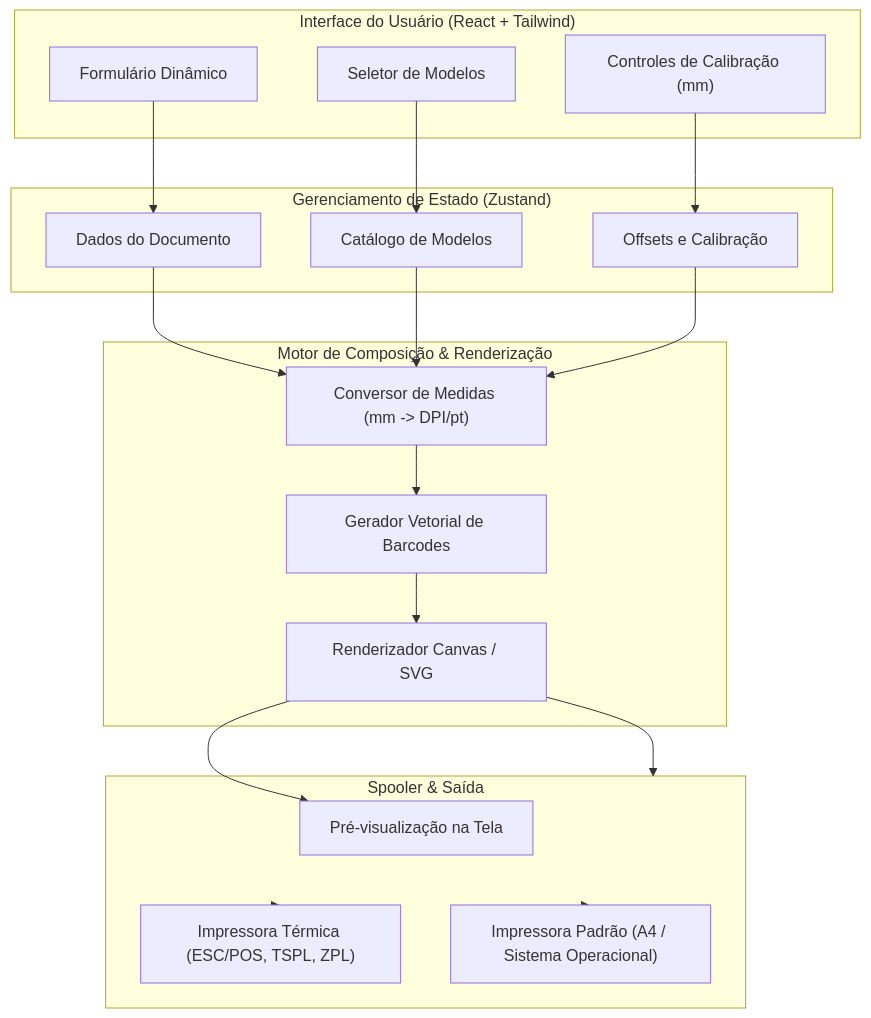
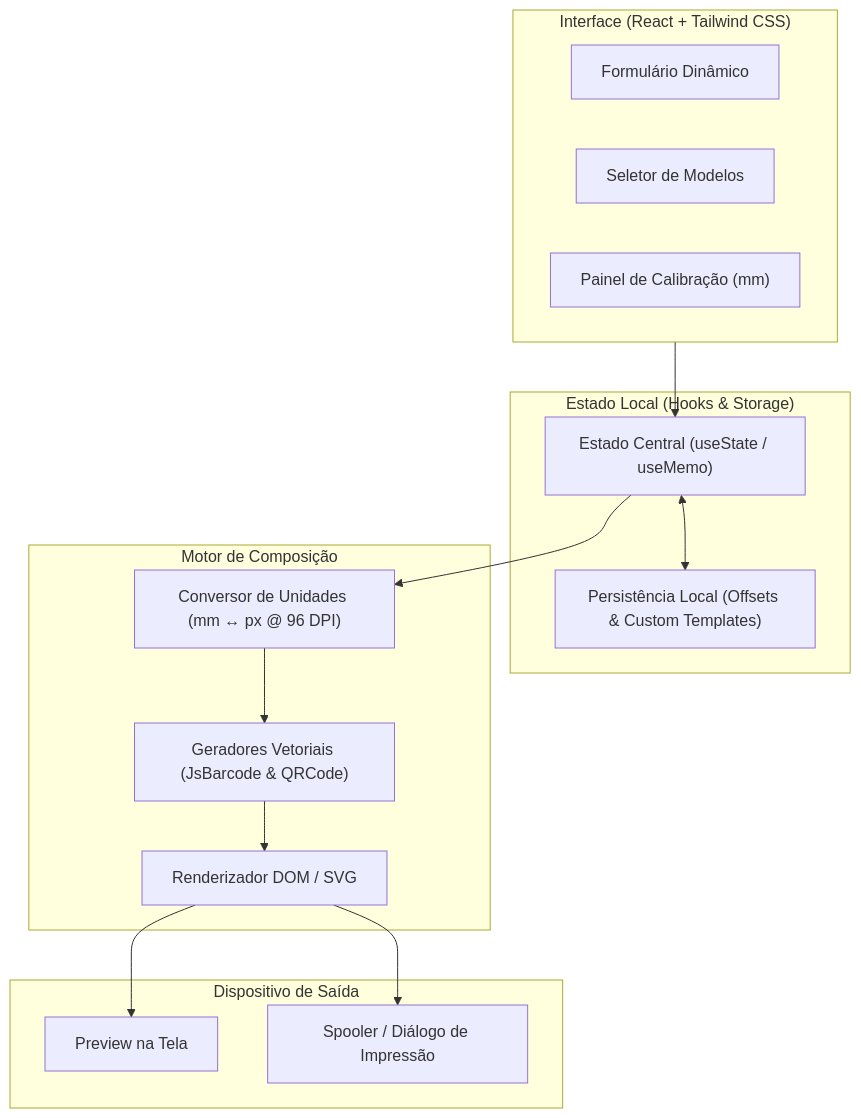
The diagram in README.md (Bakurin0/Folium-Print), drawn with Mermaid before and after one commit. The commit also changed other lines of this file and 23 other files, not shown here.

First line of the commit message:
feat(print): add prepress controls and color simulation

````diff
--- a/README.md
+++ b/README.md
@@ -42,42 +39,32 @@
 ```mermaid
 flowchart TD
-    subgraph UI ["Interface do Usuário (React + Tailwind)"]
+    subgraph UI ["Interface (React + Tailwind CSS)"]
         Form["Formulário Dinâmico"]
         Selector["Seletor de Modelos"]
-        CalibControls["Controles de Calibração (mm)"]
+        CalibControls["Painel de Calibração (mm)"]
     end
 
-    subgraph State ["Gerenciamento de Estado (Zustand)"]
-        TemplateStore["Catálogo de Modelos"]
-        PrintConfigStore["Offsets e Calibração"]
-        ActiveDataStore["Dados do Documento"]
+    subgraph State ["Estado Local (Hooks & Storage)"]
+        AppStore["Estado Central (useState / useMemo)"]
+        LocalStorage["Persistência Local (Offsets & Custom Templates)"]
     end
 
-    subgraph Core ["Motor de Composição & Renderização"]
-        LayoutCalc["Conversor de Medidas (mm -> DPI/pt)"]
-        BarcodeGen["Gerador Vetorial de Barcodes"]
-        CanvasRenderer["Renderizador Canvas / SVG"]
+    subgraph Engine ["Motor de Composição"]
+        UnitCalc["Conversor de Unidades (mm ↔ px @ 96 DPI)"]
+        CodeEngine["Geradores Vetoriais (JsBarcode & QRCode)"]
+        SVGRenderer["Renderizador DOM / SVG"]
     end
 
-    subgraph Output ["Spooler & Saída"]
-        PreviewView["Pré-visualização na Tela"]
-        ThermalSpooler["Impressora Térmica (ESC/POS, TSPL, ZPL)"]
-        StandardSpooler["Impressora Padrão (A4 / Sistema Operacional)"]
+    subgraph Output ["Dispositivo de Saída"]
+        ScreenPreview["Preview na Tela"]
+        PrintService["Spooler / Diálogo de Impressão"]
     end
 
-    Form --> ActiveDataStore
-    Selector --> TemplateStore
-    CalibControls --> PrintConfigStore
-
-    ActiveDataStore --> LayoutCalc
-    TemplateStore --> LayoutCalc
-    PrintConfigStore --> LayoutCalc
-
-    LayoutCalc --> BarcodeGen
-    BarcodeGen --> CanvasRenderer
-
-    CanvasRenderer --> PreviewView
-    CanvasRenderer --> Output
-    Output --> ThermalSpooler
-    Output --> StandardSpooler
+    UI --> AppStore
+    AppStore <--> LocalStorage
+    AppStore --> UnitCalc
+    UnitCalc --> CodeEngine
+    CodeEngine --> SVGRenderer
+    SVGRenderer --> ScreenPreview
+    SVGRenderer --> PrintService
 ```
````
